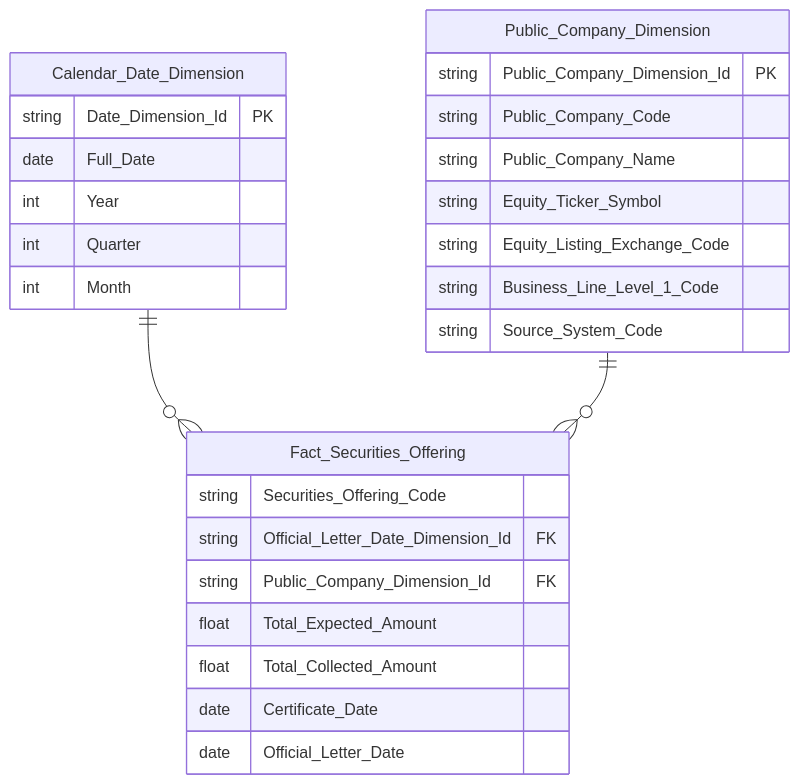
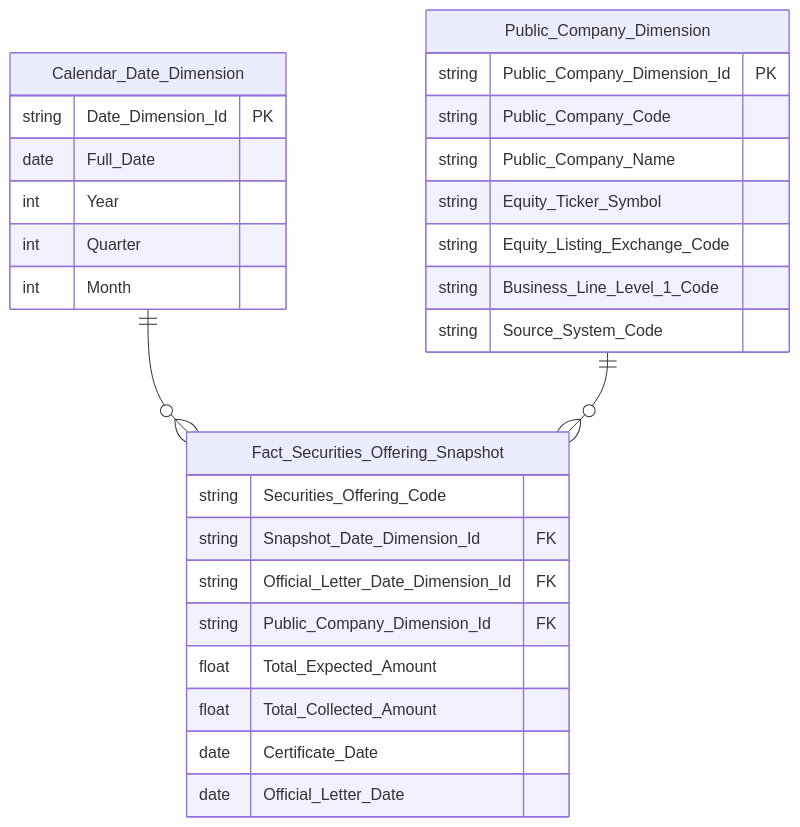
The sixth of 22 diagrams in Datamart/hld/DTM_QLCB_HLD.md (linhlvit/ubck_atomic_design), drawn with Mermaid before and after one commit. The commit also changed other lines of this file and 70 other files, not shown here.

````diff
--- a/Datamart/hld/DTM_QLCB_HLD.md
+++ b/Datamart/hld/DTM_QLCB_HLD.md
@@ -288,31 +288,32 @@
 ```mermaid
 erDiagram
     Calendar_Date_Dimension {
         string Date_Dimension_Id PK
         date Full_Date
         int Year
         int Quarter
         int Month
     }
     Public_Company_Dimension {
         string Public_Company_Dimension_Id PK
         string Public_Company_Code
         string Public_Company_Name
         string Equity_Ticker_Symbol
         string Equity_Listing_Exchange_Code
         string Business_Line_Level_1_Code
         string Source_System_Code
     }
-    Fact_Securities_Offering {
+    Fact_Securities_Offering_Snapshot {
         string Securities_Offering_Code
+        string Snapshot_Date_Dimension_Id FK
         string Official_Letter_Date_Dimension_Id FK
         string Public_Company_Dimension_Id FK
         float Total_Expected_Amount
         float Total_Collected_Amount
         date Certificate_Date
         date Official_Letter_Date
     }
 
-    Calendar_Date_Dimension ||--o{ Fact_Securities_Offering : " "
-    Public_Company_Dimension ||--o{ Fact_Securities_Offering : " "
+    Calendar_Date_Dimension ||--o{ Fact_Securities_Offering_Snapshot : " "
+    Public_Company_Dimension ||--o{ Fact_Securities_Offering_Snapshot : " "
 ```
````
